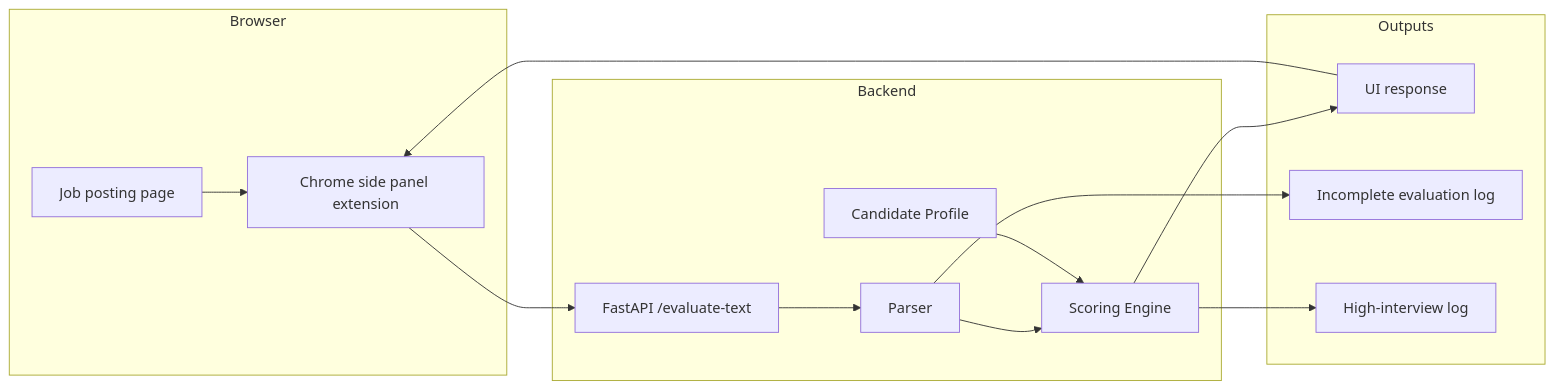
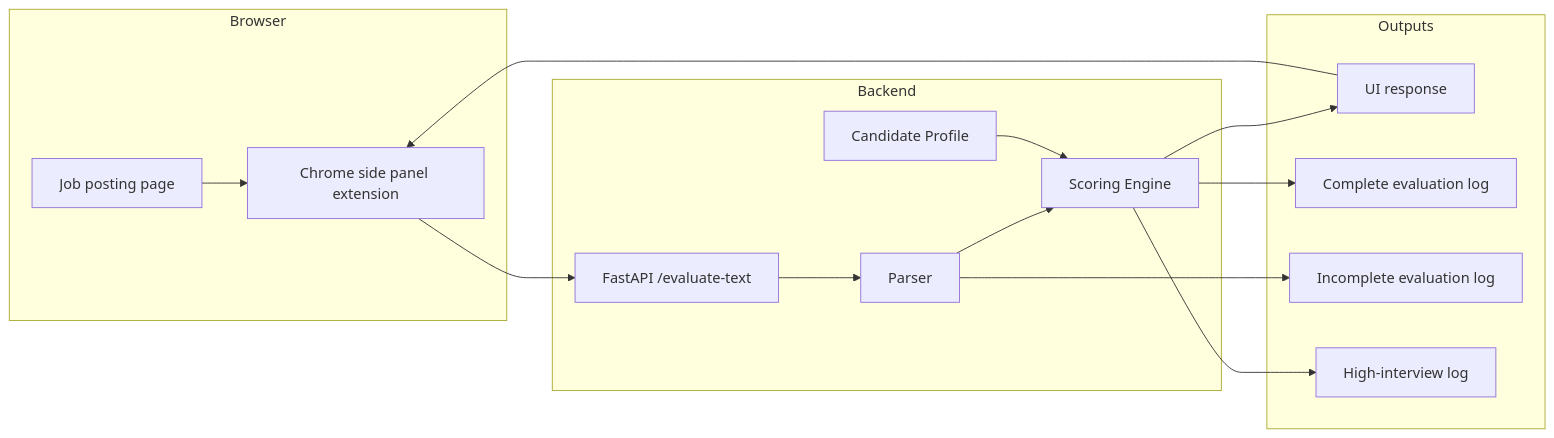
Before and after one commit to doulikecookiedough/find-jobs: the first of 4 diagrams in README.md, drawn with Mermaid.

Commit message:
docs: include complete evaluation log in system diagram

````diff
--- a/README.md
+++ b/README.md
@@ -121,30 +121,32 @@
 ```mermaid
 flowchart LR
     subgraph Browser
         A["Job posting page"]
         B["Chrome side panel extension"]
     end
 
     subgraph Backend
         C["FastAPI /evaluate-text"]
         D["Parser"]
         E["Scoring Engine"]
         F["Candidate Profile"]
     end
 
     subgraph Outputs
         G["UI response"]
-        H["Incomplete evaluation log"]
-        I["High-interview log"]
+        H["Complete evaluation log"]
+        I["Incomplete evaluation log"]
+        J["High-interview log"]
     end
 
     A --> B
     B --> C
     C --> D
     D --> E
     F --> E
     E --> G
-    D --> H
-    E --> I
+    E --> H
+    D --> I
+    E --> J
     G --> B
 ```
````
